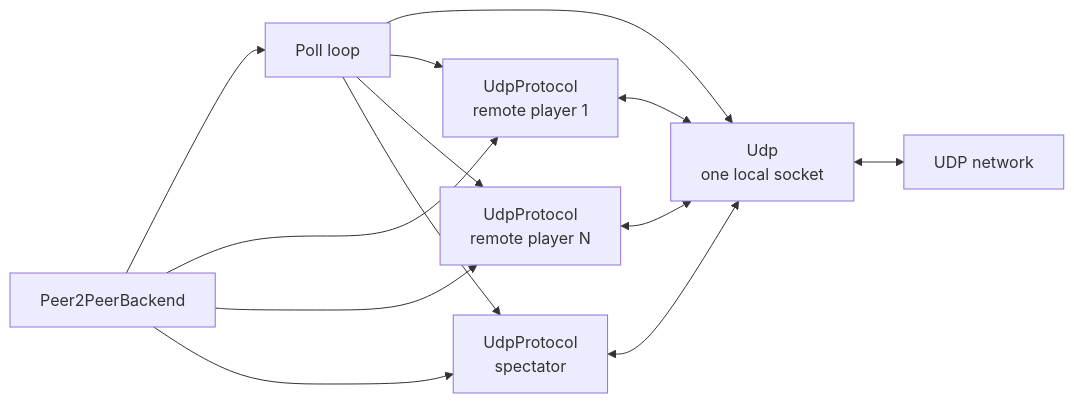
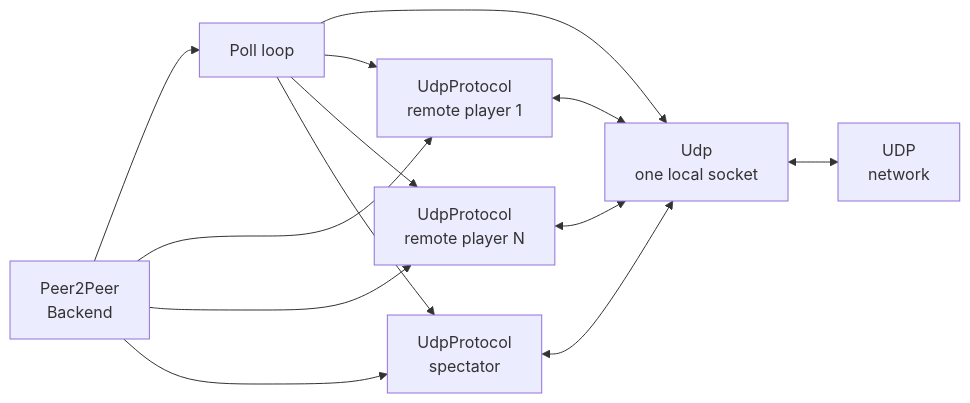
One commit to irregularthanis/ggpo-next changed the first of 3 diagrams in doc/architecture/Networking.md. Above: the diagram before and after it, drawn with Mermaid. The commit also changed other lines of this file and 9 other files, not shown here.

Commit message:
docs: wrap Mermaid diagram labels

````diff
--- a/doc/architecture/Networking.md
+++ b/doc/architecture/Networking.md
@@ -20,23 +20,23 @@
 ```mermaid
 flowchart LR
-    Backend["Peer2PeerBackend"]
+    Backend["Peer2Peer<br/>Backend"]
     Poll["Poll loop"]
     UDP["Udp<br/>one local socket"]
     P1["UdpProtocol<br/>remote player 1"]
     P2["UdpProtocol<br/>remote player N"]
     S["UdpProtocol<br/>spectator"]
-    Network["UDP network"]
+    Network["UDP<br/>network"]
 
     Backend --> Poll
     Backend --> P1
     Backend --> P2
     Backend --> S
     Poll --> UDP
     Poll --> P1
     Poll --> P2
     Poll --> S
     P1 <--> UDP
     P2 <--> UDP
     S <--> UDP
     UDP <--> Network
 ```
````
